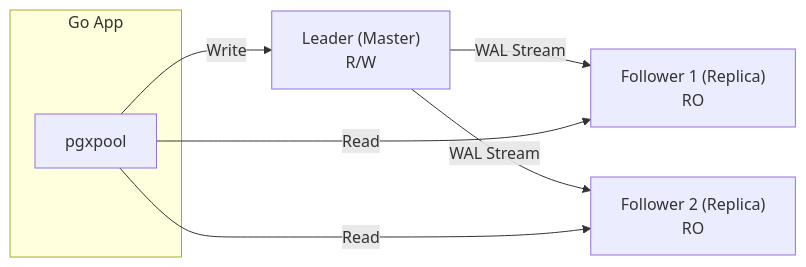
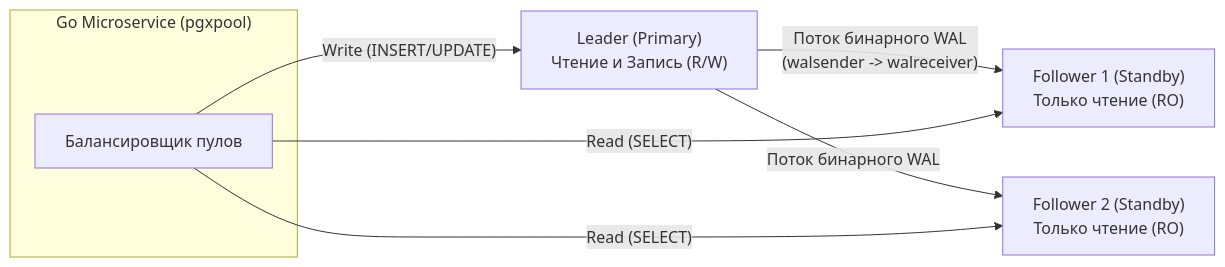
One commit to UnrealTemplier/go-textbook changed the first of 2 diagrams in sources/12. Базы данных/06. PostgreSQL/11. Репликация в PostgreSQL.md. Above: the diagram before and after it, drawn with Mermaid. The commit also changed other lines of this file, not shown here.

````diff
--- a/sources/12. Базы данных/06. PostgreSQL/11. Репликация в PostgreSQL.md
+++ b/sources/12. Базы данных/06. PostgreSQL/11. Репликация в PostgreSQL.md
@@ -22,13 +25,13 @@
 ```mermaid
 flowchart LR
-    L["Leader (Master) <br> R/W"] -->|"WAL Stream"| F1["Follower 1 (Replica) <br> RO"]
-    L -->|"WAL Stream"| F2["Follower 2 (Replica) <br> RO"]
+    Leader["Leader (Primary) <br> Чтение и Запись (R/W)"] -->|"Поток бинарного WAL <br> (walsender -> walreceiver)"| F1["Follower 1 (Standby) <br> Только чтение (RO)"]
+    Leader -->|"Поток бинарного WAL"| F2["Follower 2 (Standby) <br> Только чтение (RO)"]
     
-    subgraph "Go App"
-        App["pgxpool"]
+    subgraph GoCluster ["Go Microservice (pgxpool)"]
+        Client["Балансировщик пулов"]
     end
     
-    App -->|"Write"| L
-    App -->|"Read"| F1
-    App -->|"Read"| F2
+    Client -->|"Write (INSERT/UPDATE)"| Leader
+    Client -->|"Read (SELECT)"| F1
+    Client -->|"Read (SELECT)"| F2
 ```
````
